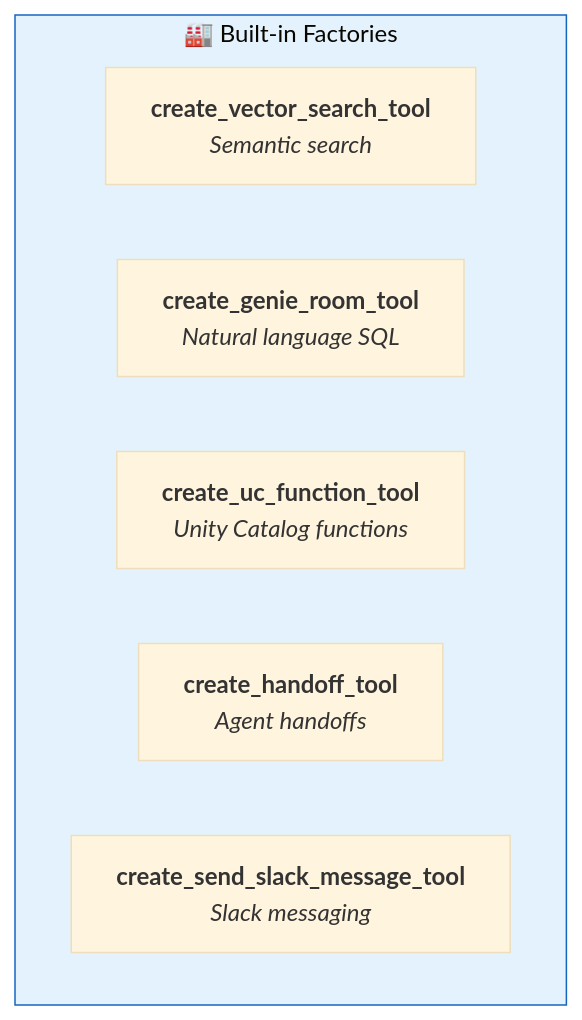
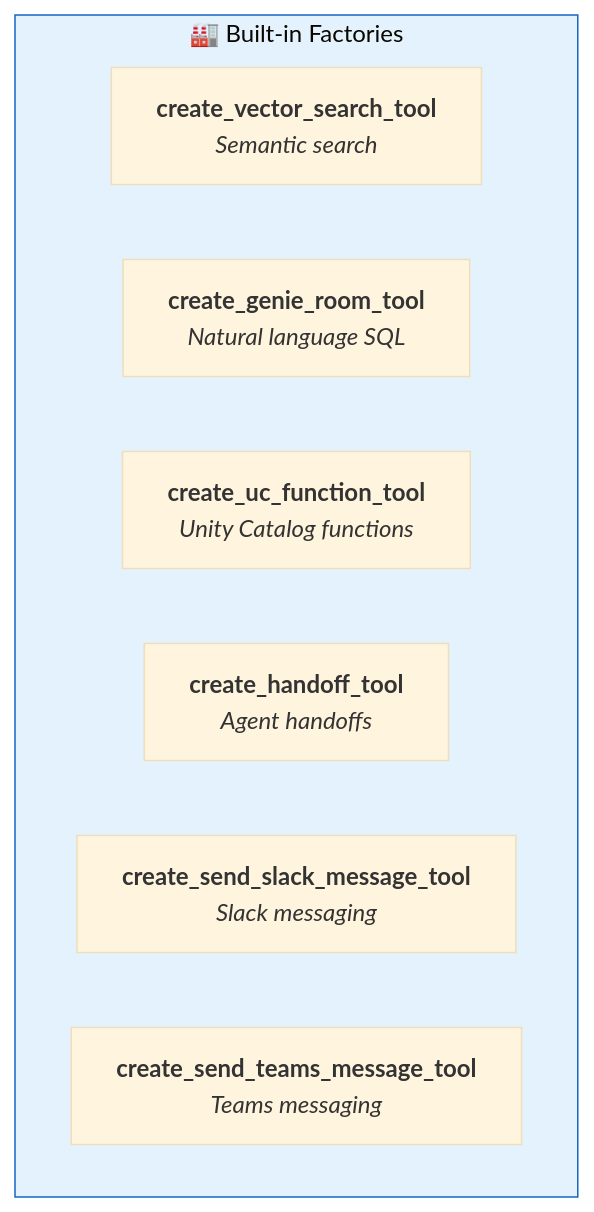
The seventh of 9 diagrams in config/examples/14_basic_tools/README.md (natefleming/retail-ai), drawn with Mermaid before and after one commit. The commit also changed other lines of this file and 3 other files, not shown here.

````diff
--- a/config/examples/14_basic_tools/README.md
+++ b/config/examples/14_basic_tools/README.md
@@ -272,13 +271,14 @@
 ```mermaid
 %%{init: {'theme': 'base'}}%%
 graph TB
     subgraph Factories["🏭 Built-in Factories"]
         VS["<b>create_vector_search_tool</b><br/><i>Semantic search</i>"]
         GE["<b>create_genie_room_tool</b><br/><i>Natural language SQL</i>"]
         UC["<b>create_uc_function_tool</b><br/><i>Unity Catalog functions</i>"]
         HO["<b>create_handoff_tool</b><br/><i>Agent handoffs</i>"]
         SL["<b>create_send_slack_message_tool</b><br/><i>Slack messaging</i>"]
+        TM["<b>create_send_teams_message_tool</b><br/><i>Teams messaging</i>"]
     end
 
     style Factories fill:#e3f2fd,stroke:#1565c0
 ```
````
